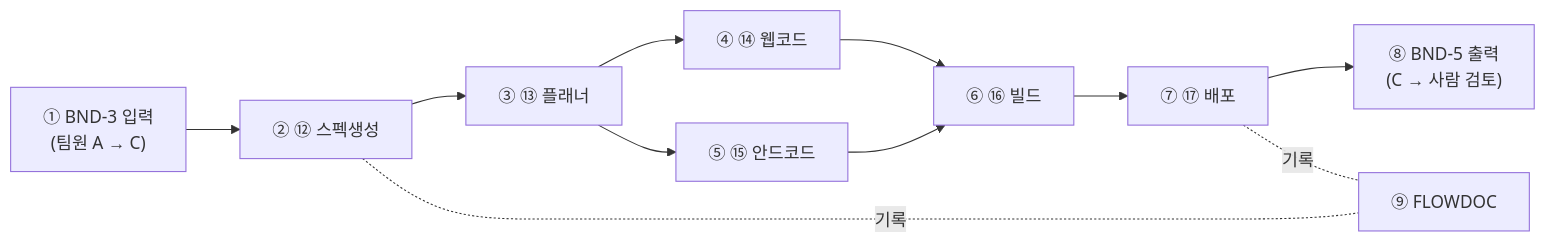
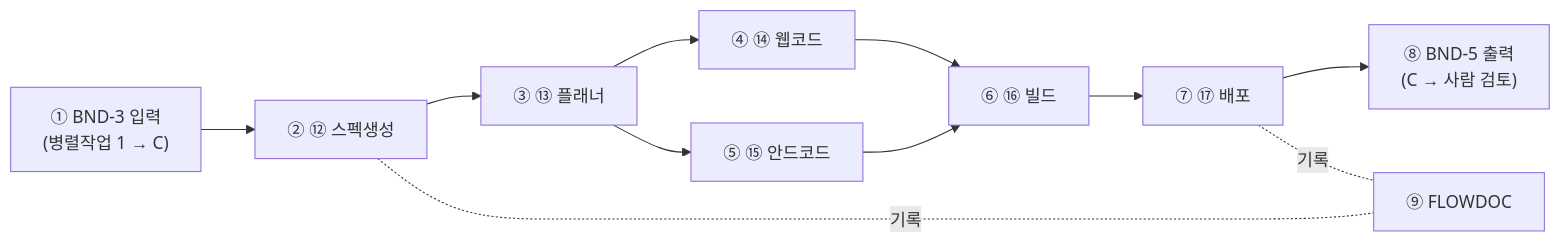
One commit to kyungsikjeung/agt001 changed the diagram in docs/hackathon/PARALLEL_3_SPEC.md. Above: the diagram before and after it, drawn with Mermaid. The commit also changed other lines of this file and 76 other files, not shown here.

````diff
--- a/docs/hackathon/PARALLEL_3_SPEC.md
+++ b/docs/hackathon/PARALLEL_3_SPEC.md
@@ -40,13 +40,13 @@
 ```mermaid
 flowchart LR
-    A1["① BND-3 입력\n(팀원 A → C)"] --> C1["② ⑫ 스펙생성"]
+    A1["① BND-3 입력\n(병렬작업 1 → C)"] --> C1["② ⑫ 스펙생성"]
     C1 --> C2["③ ⑬ 플래너"]
     C2 --> C3["④ ⑭ 웹코드"]
     C2 --> C4["⑤ ⑮ 안드코드"]
     C3 --> C5["⑥ ⑯ 빌드"]
     C4 --> C5
     C5 --> C6["⑦ ⑰ 배포"]
     C6 --> A2["⑧ BND-5 출력\n(C → 사람 검토)"]
     C6 -.기록.- F["⑨ FLOWDOC"]
     C1 -.기록.- F
 ```
````
